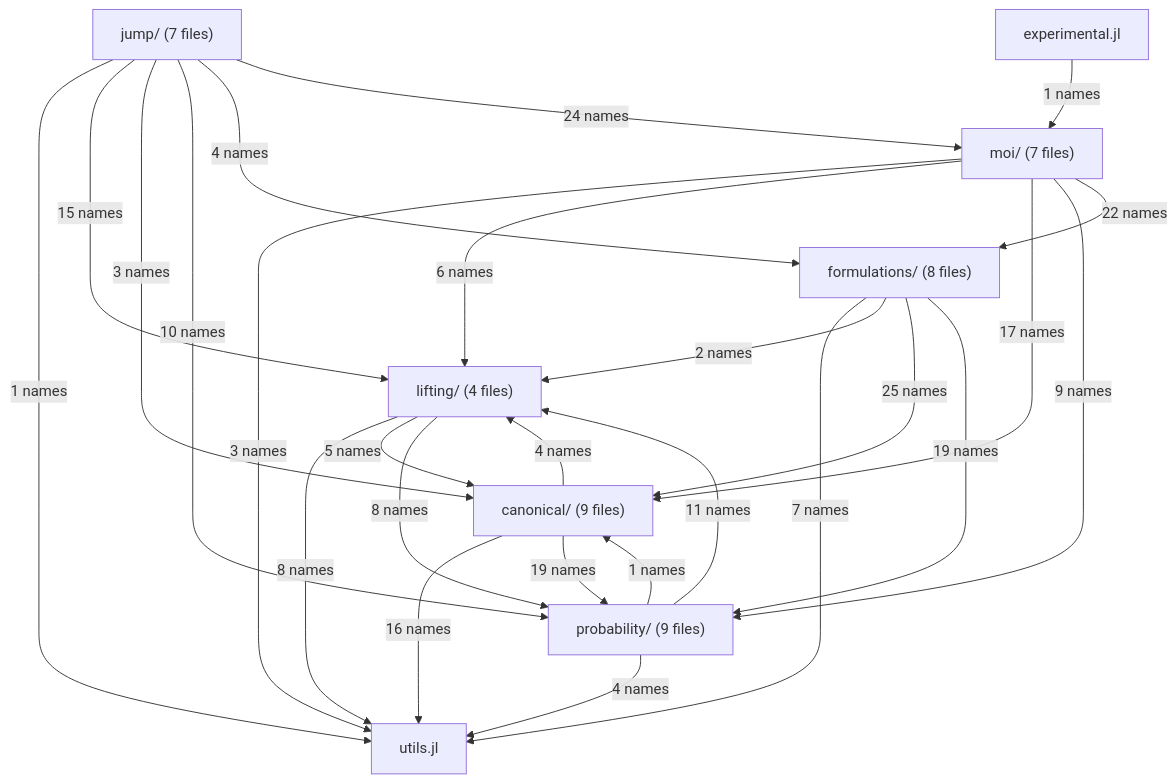
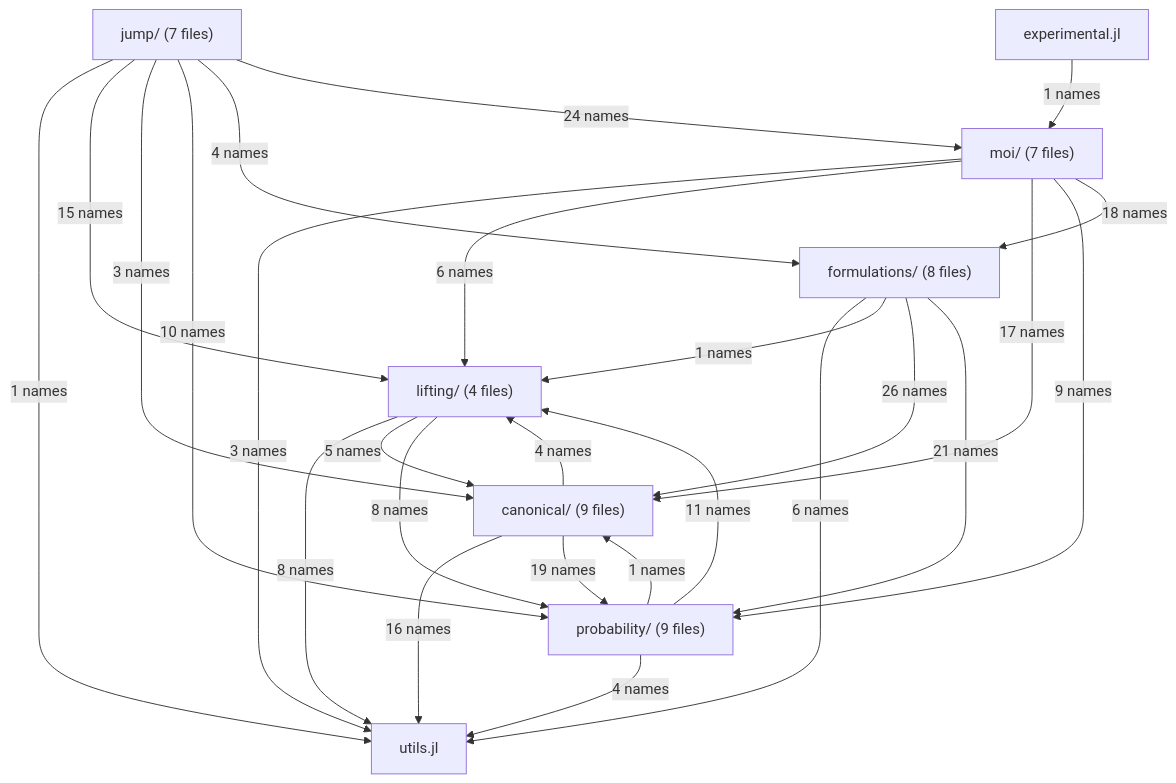
Before and after one commit to bfpc/LinearDecisionRules.jl: the diagram in docs/src/developer/structure_current.md, drawn with Mermaid. The commit also changed other lines of this file and 21 other files, not shown here.

````diff
--- a/docs/src/developer/structure_current.md
+++ b/docs/src/developer/structure_current.md
@@ -12,36 +12,36 @@
 ```mermaid
 flowchart TD
     utils["utils.jl"]
     lifting["lifting/ (4 files)"]
     canonical["canonical/ (9 files)"]
     probability["probability/ (9 files)"]
     formulations["formulations/ (8 files)"]
     moi["moi/ (7 files)"]
     jump["jump/ (7 files)"]
     experimental["experimental.jl"]
     lifting -->|"8 names"| utils
     lifting -->|"5 names"| canonical
     lifting -->|"8 names"| probability
     canonical -->|"16 names"| utils
     canonical -->|"4 names"| lifting
     canonical -->|"19 names"| probability
     probability -->|"4 names"| utils
     probability -->|"11 names"| lifting
     probability -->|"1 names"| canonical
-    formulations -->|"7 names"| utils
-    formulations -->|"2 names"| lifting
-    formulations -->|"25 names"| canonical
-    formulations -->|"19 names"| probability
+    formulations -->|"6 names"| utils
+    formulations -->|"1 names"| lifting
+    formulations -->|"26 names"| canonical
+    formulations -->|"21 names"| probability
     moi -->|"3 names"| utils
     moi -->|"6 names"| lifting
     moi -->|"17 names"| canonical
     moi -->|"9 names"| probability
-    moi -->|"22 names"| formulations
+    moi -->|"18 names"| formulations
     jump -->|"1 names"| utils
     jump -->|"15 names"| lifting
     jump -->|"3 names"| canonical
     jump -->|"10 names"| probability
     jump -->|"4 names"| formulations
     jump -->|"24 names"| moi
     experimental -->|"1 names"| moi
 ```
````
